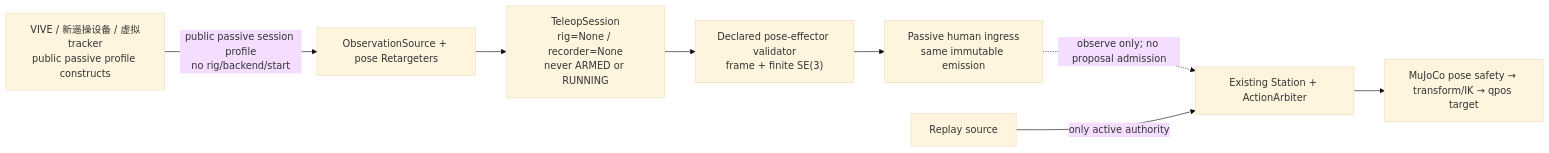
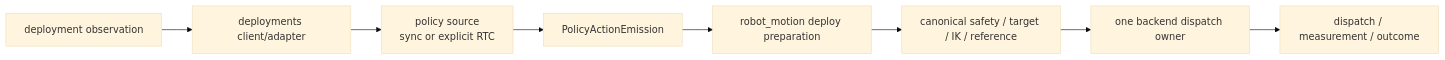
Before and after one commit to xiaopangxiexyg/AgenticRobot: the third of 9 diagrams in docs/architecture/dexteleop_architecture_visual_guide.md, drawn with Mermaid (base theme). The commit also changed other lines of this file and 3 other files, not shown here.

Commit message:
docs: refresh the architecture visual guide

````diff
--- a/docs/architecture/dexteleop_architecture_visual_guide.md
+++ b/docs/architecture/dexteleop_architecture_visual_guide.md
@@ -514,15 +119,10 @@
 ```mermaid
 flowchart LR
-    D["VIVE / 新遥操设备 / 虚拟tracker<br/>public passive profile constructs"]
-    S["ObservationSource + pose Retargeters"]
-    T["TeleopSession<br/>rig=None / recorder=None<br/>never ARMED or RUNNING"]
-    V["Declared pose-effector validator<br/>frame + finite SE(3)"]
-    I["Passive human ingress<br/>same immutable emission"]
-    R["Replay source"]
-    A["Existing Station + ActionArbiter"]
-    X["MuJoCo pose safety → transform/IK → qpos target"]
-
-    D -->|public passive session profile<br/>no rig/backend/start| S --> T --> V --> I
-    I -. "observe only; no proposal admission" .-> A
-    R -->|"only active authority"| A --> X
+    Obs["deployment observation"] --> Client["deployments client/adapter"]
+    Client --> Source["policy source<br/>sync or explicit RTC"]
+    Source --> Emit["PolicyActionEmission"]
+    Emit --> Prepare["robot_motion deploy preparation"]
+    Prepare --> Safety["canonical safety / target / IK / reference"]
+    Safety --> Dispatch["one backend dispatch owner"]
+    Dispatch --> Receipt["dispatch / measurement / outcome"]
 ```
````
